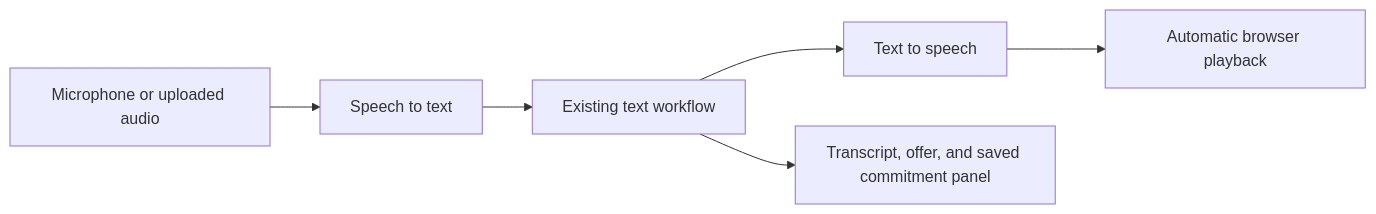
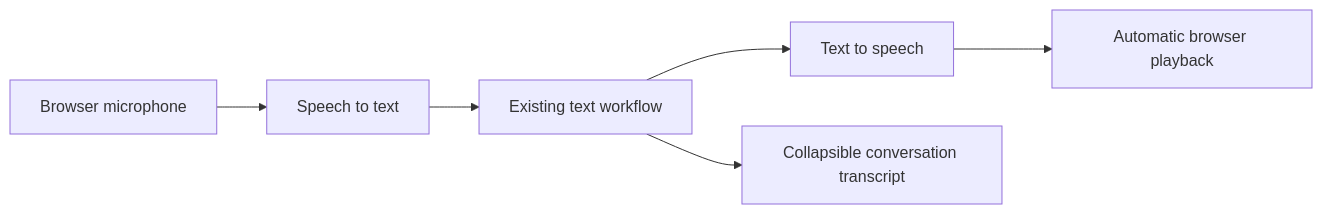
One commit to sergiomorapardo/AgenticDebtCollection changed the second of 2 diagrams in docs/ROADMAP.md. Above: the diagram before and after it, drawn with Mermaid. The commit also changed other lines of this file and 1 other file, not shown here.

Commit message:
docs(voice): document local call API and browser validation

````diff
--- a/docs/ROADMAP.md
+++ b/docs/ROADMAP.md
@@ -31,8 +31,8 @@
 ```mermaid
 flowchart LR
-    M[Microphone or uploaded audio] --> S[Speech to text]
+    M[Browser microphone] --> S[Speech to text]
     S --> G[Existing text workflow]
     G --> T[Text to speech]
     T --> B[Automatic browser playback]
-    G --> P[Transcript, offer, and saved commitment panel]
+    G --> P[Collapsible conversation transcript]
 ```
````
